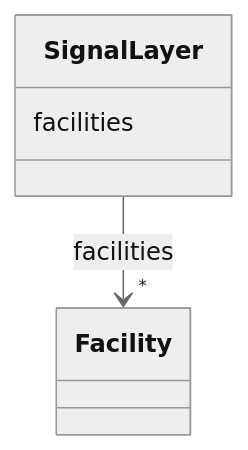
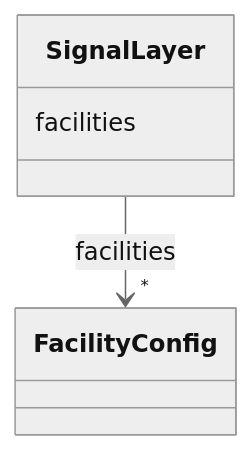
The diagram in docs_narad/SignalLayer.md (pals-project/pals-facility-config), drawn with Mermaid (neutral theme) before and after one commit. The commit also changed other lines of this file and 235 other files, not shown here.

Commit message:
aligned schema to SOSA SNN, gen-project gendocs and validate all work

````diff
--- a/docs_narad/SignalLayer.md
+++ b/docs_narad/SignalLayer.md
@@ -18,17 +18,17 @@
 ```mermaid
  classDiagram
     class SignalLayer
     click SignalLayer href "../SignalLayer/"
       SignalLayer : facilities
         
           
     
         
         
-        SignalLayer --> "*" Facility : facilities
-        click Facility href "../Facility/"
+        SignalLayer --> "*" FacilityConfig : facilities
+        click FacilityConfig href "../FacilityConfig/"
     
 
         
       
 ```
````
